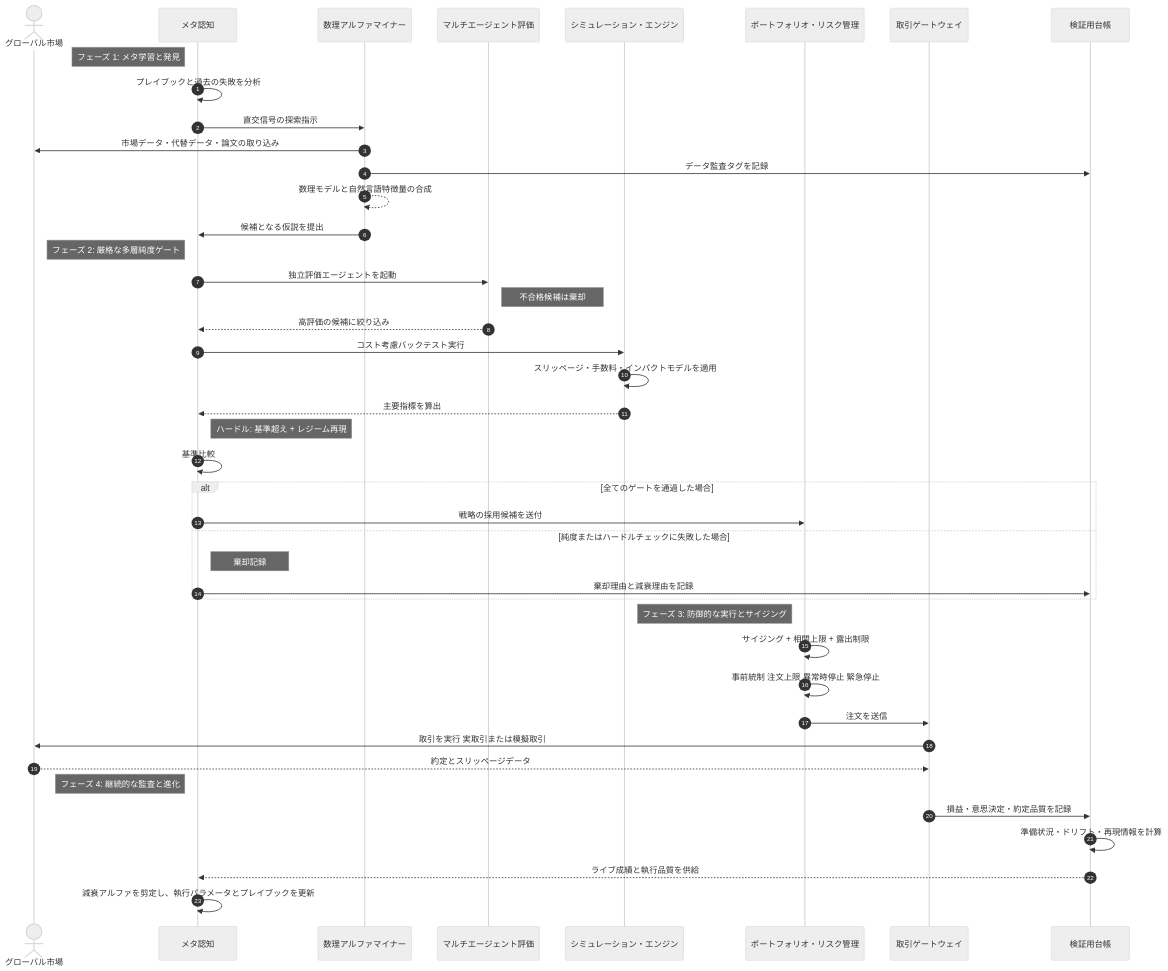
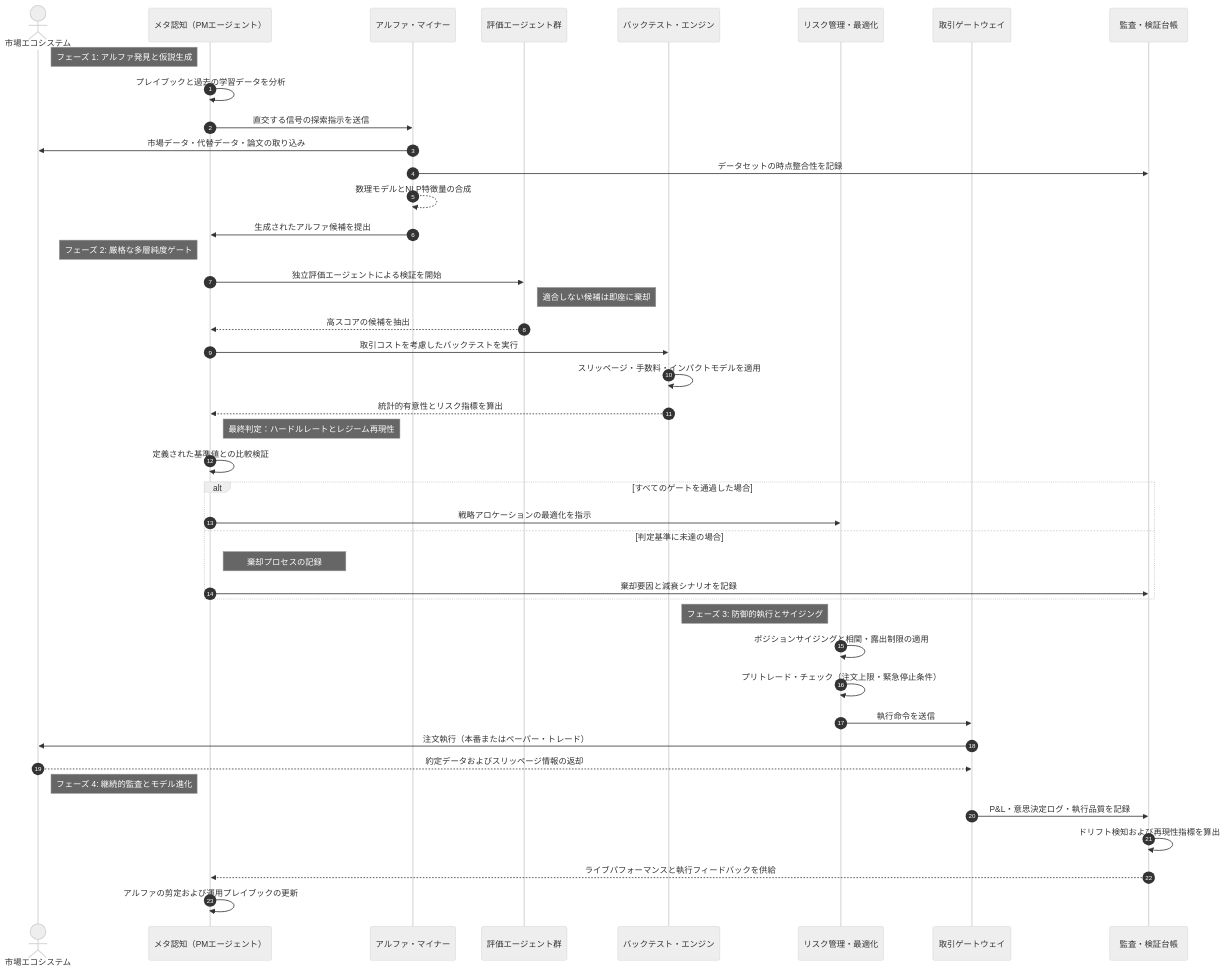
The diagram in docs/diagrams/sequence.md (KAFKA2306/investor), drawn with Mermaid (neutral theme) before and after one commit. The commit also changed 6 other files, not shown here.

````diff
--- a/docs/diagrams/sequence.md
+++ b/docs/diagrams/sequence.md
@@ -3,52 +3,52 @@
 ```mermaid
 sequenceDiagram
     autonumber
-    actor 市場 as グローバル市場
-    participant メタ as メタ認知
-    participant マイナー as 数理アルファマイナー
-    participant 評価 as マルチエージェント評価
-    participant シミュレータ as シミュレーション・エンジン
-    participant リスク as ポートフォリオ・リスク管理
-    participant 実行 as 取引ゲートウェイ
-    participant 監査 as 検証用台帳
+    actor 市場 as 市場エコシステム
+    participant メタ as メタ認知（PMエージェント）
+    participant マイナー as アルファ・マイナー
+    participant 評価 as 評価エージェント群
+    participant シミュレータ as バックテスト・エンジン
+    participant リスク as リスク管理・最適化
+    participant 執行 as 取引ゲートウェイ
+    participant 監査 as 監査・検証台帳
 
-    Note left of メタ: フェーズ 1: メタ学習と発見
-    メタ->>メタ: プレイブックと過去の失敗を分析
-    メタ->>マイナー: 直交信号の探索指示
+    Note left of メタ: フェーズ 1: アルファ発見と仮説生成
+    メタ->>メタ: プレイブックと過去の学習データを分析
+    メタ->>マイナー: 直交する信号の探索指示を送信
     マイナー->>市場: 市場データ・代替データ・論文の取り込み
-    マイナー->>監査: データ監査タグを記録
-    マイナー-->>マイナー: 数理モデルと自然言語特徴量の合成
-    マイナー->>メタ: 候補となる仮説を提出
+    マイナー->>監査: データセットの時点整合性を記録
+    マイナー-->>マイナー: 数理モデルとNLP特徴量の合成
+    マイナー->>メタ: 生成されたアルファ候補を提出
 
     Note left of メタ: フェーズ 2: 厳格な多層純度ゲート
-    メタ->>評価: 独立評価エージェントを起動
-    Note right of 評価: 不合格候補は棄却
-    評価-->>メタ: 高評価の候補に絞り込み
+    メタ->>評価: 独立評価エージェントによる検証を開始
+    Note right of 評価: 適合しない候補は即座に棄却
+    評価-->>メタ: 高スコアの候補を抽出
     
-    メタ->>シミュレータ: コスト考慮バックテスト実行
+    メタ->>シミュレータ: 取引コストを考慮したバックテストを実行
     シミュレータ->>シミュレータ: スリッページ・手数料・インパクトモデルを適用
-    シミュレータ-->>メタ: 主要指標を算出
+    シミュレータ-->>メタ: 統計的有意性とリスク指標を算出
     
-    Note right of メタ: ハードル: 基準超え + レジーム再現
-    メタ->>メタ: 基準比較
+    Note right of メタ: 最終判定：ハードルレートとレジーム再現性
+    メタ->>メタ: 定義された基準値との比較検証
     
-    alt 全てのゲートを通過した場合
-        メタ->>リスク: 戦略の採用候補を送付
-    else 純度またはハードルチェックに失敗した場合
-        Note right of メタ: 棄却記録
-        メタ->>監査: 棄却理由と減衰理由を記録
+    alt すべてのゲートを通過した場合
+        メタ->>リスク: 戦略アロケーションの最適化を指示
+    else 判定基準に未達の場合
+        Note right of メタ: 棄却プロセスの記録
+        メタ->>監査: 棄却要因と減衰シナリオを記録
     end
 
-    Note left of リスク: フェーズ 3: 防御的な実行とサイジング
-    リスク->>リスク: サイジング + 相関上限 + 露出制限
-    リスク->>リスク: 事前統制 注文上限 異常時停止 緊急停止
-    リスク->>実行: 注文を送信
-    実行->>市場: 取引を実行 実取引または模擬取引
-    市場-->>実行: 約定とスリッページデータ
+    Note left of リスク: フェーズ 3: 防御的執行とサイジング
+    リスク->>リスク: ポジションサイジングと相関・露出制限の適用
+    リスク->>リスク: プリトレード・チェック（注文上限・緊急停止条件）
+    リスク->>執行: 執行命令を送信
+    執行->>市場: 注文執行（本番またはペーパー・トレード）
+    市場-->>執行: 約定データおよびスリッページ情報の返却
 
-    Note left of メタ: フェーズ 4: 継続的な監査と進化
-    実行->>監査: 損益・意思決定・約定品質を記録
-    監査->>監査: 準備状況・ドリフト・再現情報を計算
-    監査-->>メタ: ライブ成績と執行品質を供給
-    メタ->>メタ: 減衰アルファを剪定し、執行パラメータとプレイブックを更新
+    Note left of メタ: フェーズ 4: 継続的監査とモデル進化
+    執行->>監査: P&L・意思決定ログ・執行品質を記録
+    監査->>監査: ドリフト検知および再現性指標を算出
+    監査-->>メタ: ライブパフォーマンスと執行フィードバックを供給
+    メタ->>メタ: アルファの剪定および運用プレイブックの更新
 ```
````
